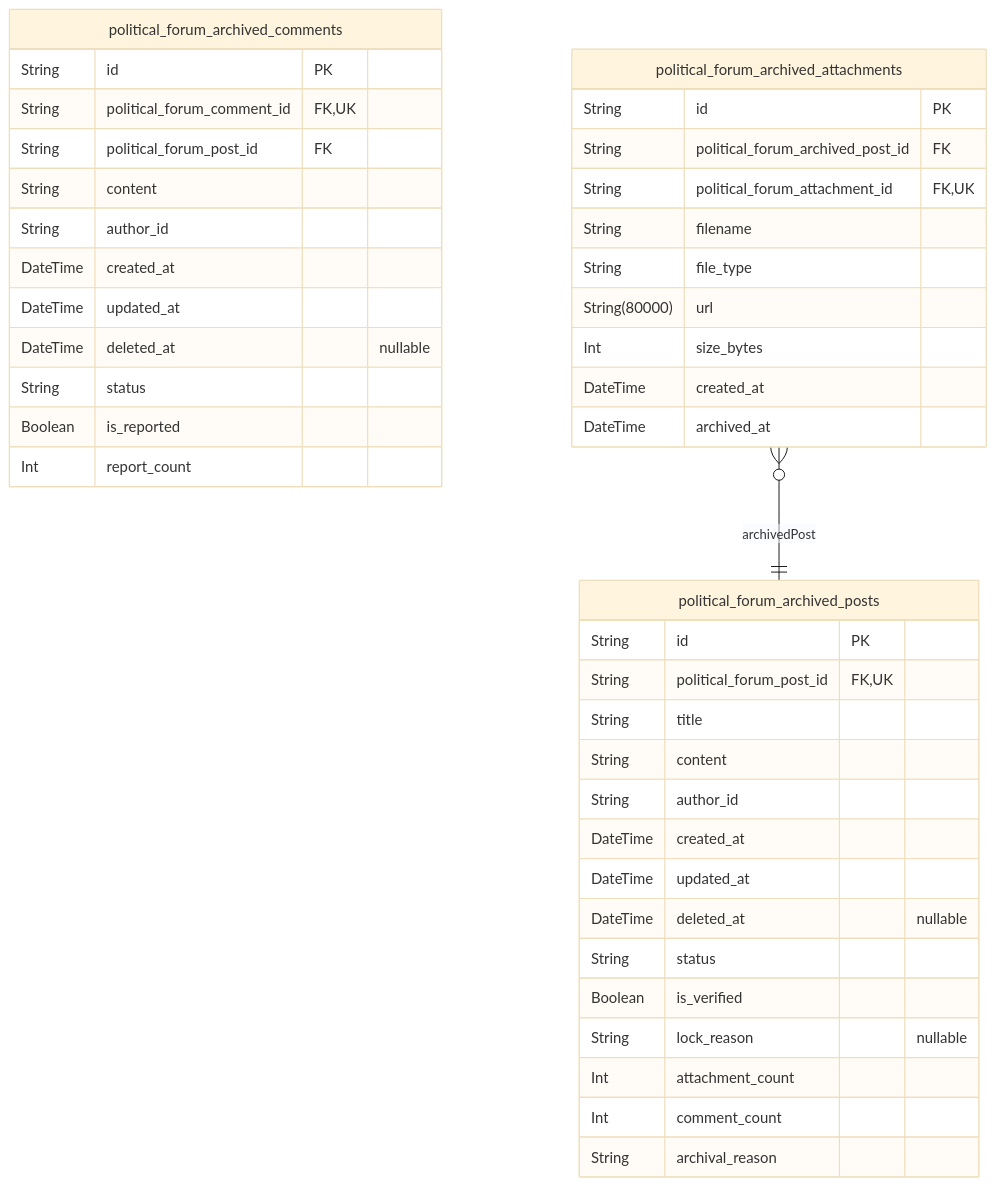
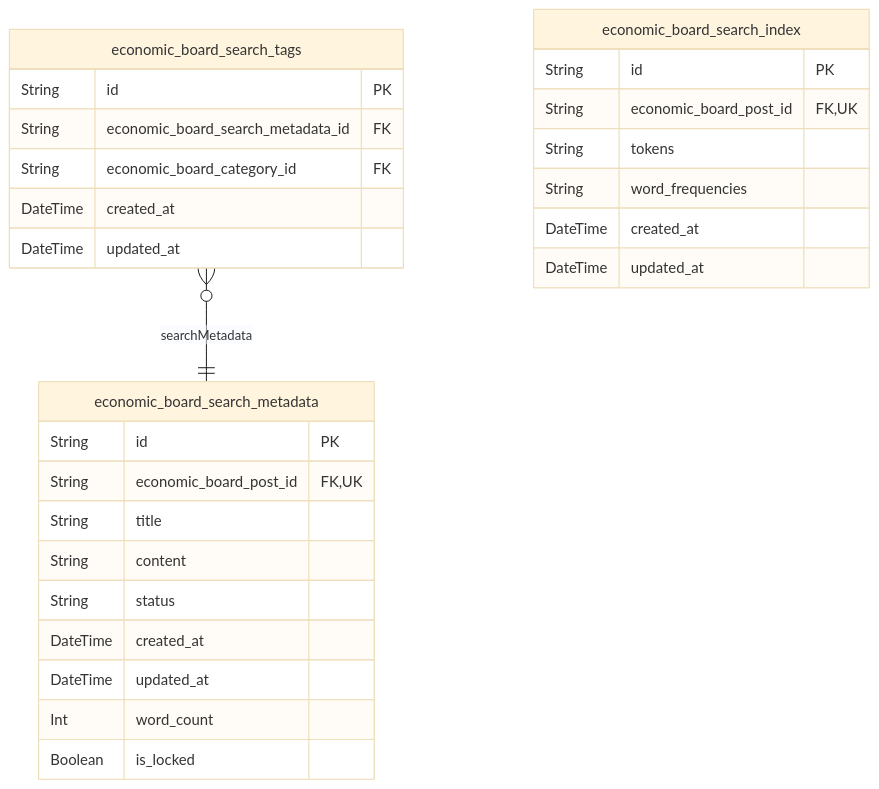
One commit to wrtnlabs/autobe-examples changed the sixth of 6 diagrams in qwen/qwen3-next-80b-a3b-instruct/bbs/docs/ERD.md. Above: the diagram before and after it, drawn with Mermaid (base theme). The commit also changed other lines of this file and 22498 other files, not shown here.

````diff
--- a/qwen/qwen3-next-80b-a3b-instruct/bbs/docs/ERD.md
+++ b/qwen/qwen3-next-80b-a3b-instruct/bbs/docs/ERD.md
@@ -1064,44 +964,30 @@
 ```mermaid
 erDiagram
-"political_forum_archived_posts" {
+"economic_board_search_metadata" {
   String id PK
-  String political_forum_post_id FK,UK
+  String economic_board_post_id FK,UK
   String title
   String content
-  String author_id
+  String status
   DateTime created_at
   DateTime updated_at
-  DateTime deleted_at "nullable"
-  String status
-  Boolean is_verified
-  String lock_reason "nullable"
-  Int attachment_count
-  Int comment_count
-  String archival_reason
+  Int word_count
+  Boolean is_locked
 }
-"political_forum_archived_comments" {
+"economic_board_search_tags" {
   String id PK
-  String political_forum_comment_id FK,UK
-  String political_forum_post_id FK
-  String content
-  String author_id
+  String economic_board_search_metadata_id FK
+  String economic_board_category_id FK
   DateTime created_at
   DateTime updated_at
-  DateTime deleted_at "nullable"
-  String status
-  Boolean is_reported
-  Int report_count
 }
-"political_forum_archived_attachments" {
+"economic_board_search_index" {
   String id PK
-  String political_forum_archived_post_id FK
-  String political_forum_attachment_id FK,UK
-  String filename
-  String file_type
-  String(80000) url
-  Int size_bytes
+  String economic_board_post_id FK,UK
+  String tokens
+  String word_frequencies
   DateTime created_at
-  DateTime archived_at
+  DateTime updated_at
 }
-"political_forum_archived_attachments" }o--|| "political_forum_archived_posts" : archivedPost
+"economic_board_search_tags" }o--|| "economic_board_search_metadata" : searchMetadata
 ```
````
